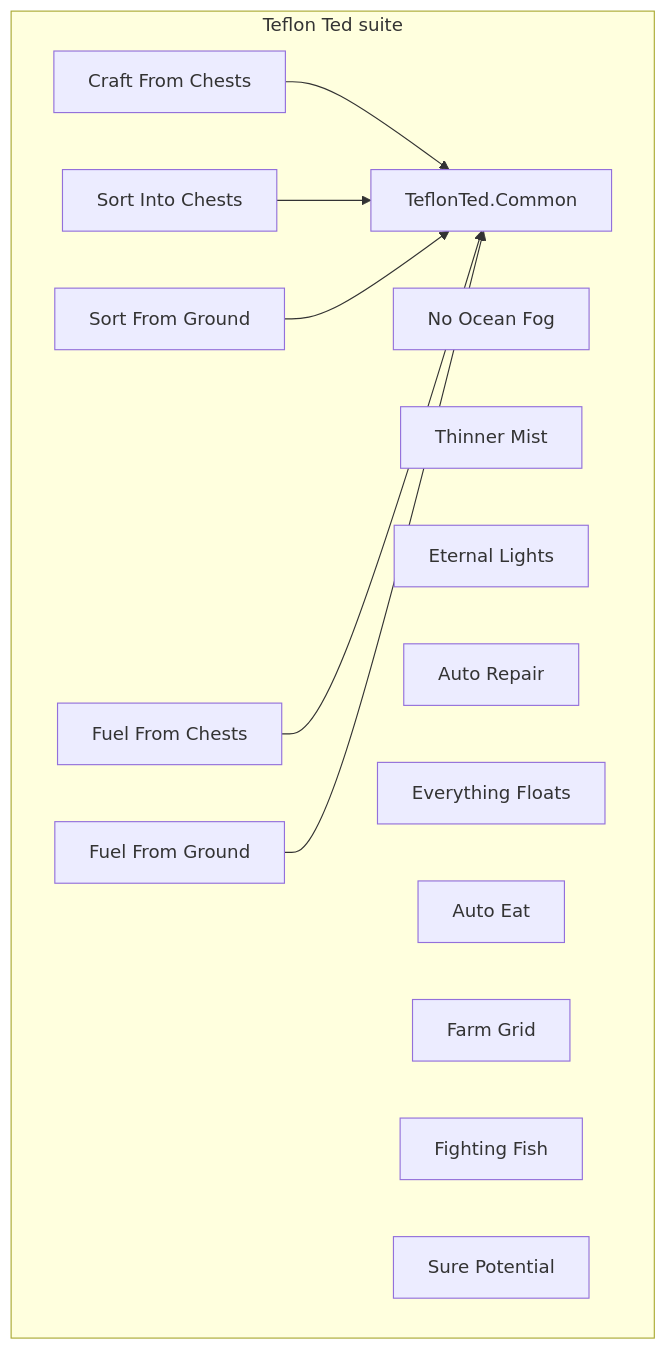
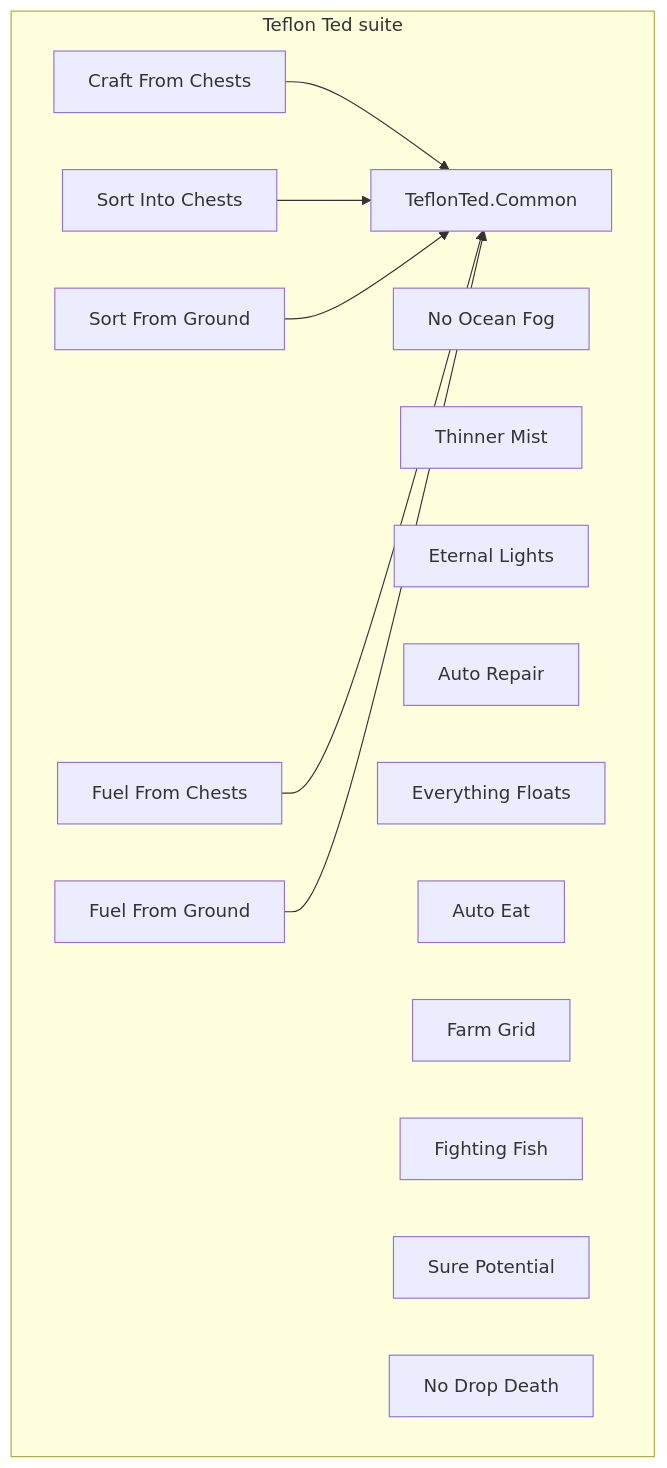
The diagram in README.md (trak3r/valheim), drawn with Mermaid before and after one commit. The commit also changed other lines of this file and 10 other files, not shown here.

Commit message:
Add No Drop Death: keep inventory while leaving empty tombstone and death pin.

````diff
--- a/README.md
+++ b/README.md
@@ -9,25 +9,26 @@
 ```mermaid
 flowchart TB
   subgraph suite [Teflon Ted suite]
     Common[TeflonTed.Common]
     Craft[Craft From Chests]
     Sort[Sort Into Chests]
     SortG[Sort From Ground]
     FuelC[Fuel From Chests]
     FuelG[Fuel From Ground]
     Fog[No Ocean Fog]
     Mist[Thinner Mist]
     Lights[Eternal Lights]
     Repair[Auto Repair]
     Float[Everything Floats]
     Eat[Auto Eat]
     Farm[Farm Grid]
     Fish[Fighting Fish]
     Sure[Sure Potential]
+    NoDrop[No Drop Death]
   end
   Craft --> Common
   Sort --> Common
   SortG --> Common
   FuelC --> Common
   FuelG --> Common
 ```
````
